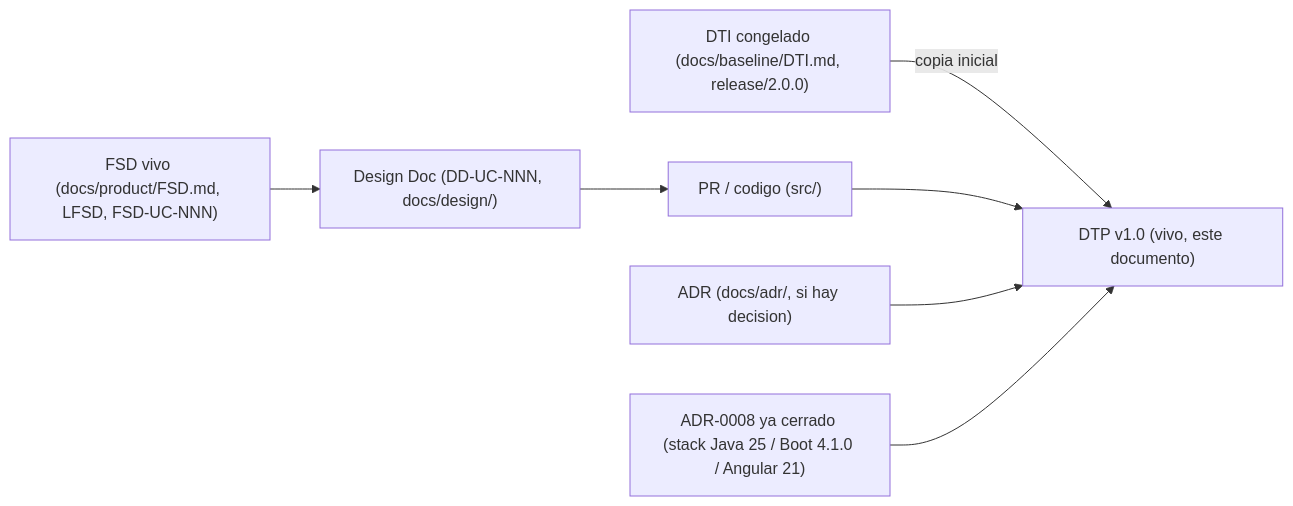
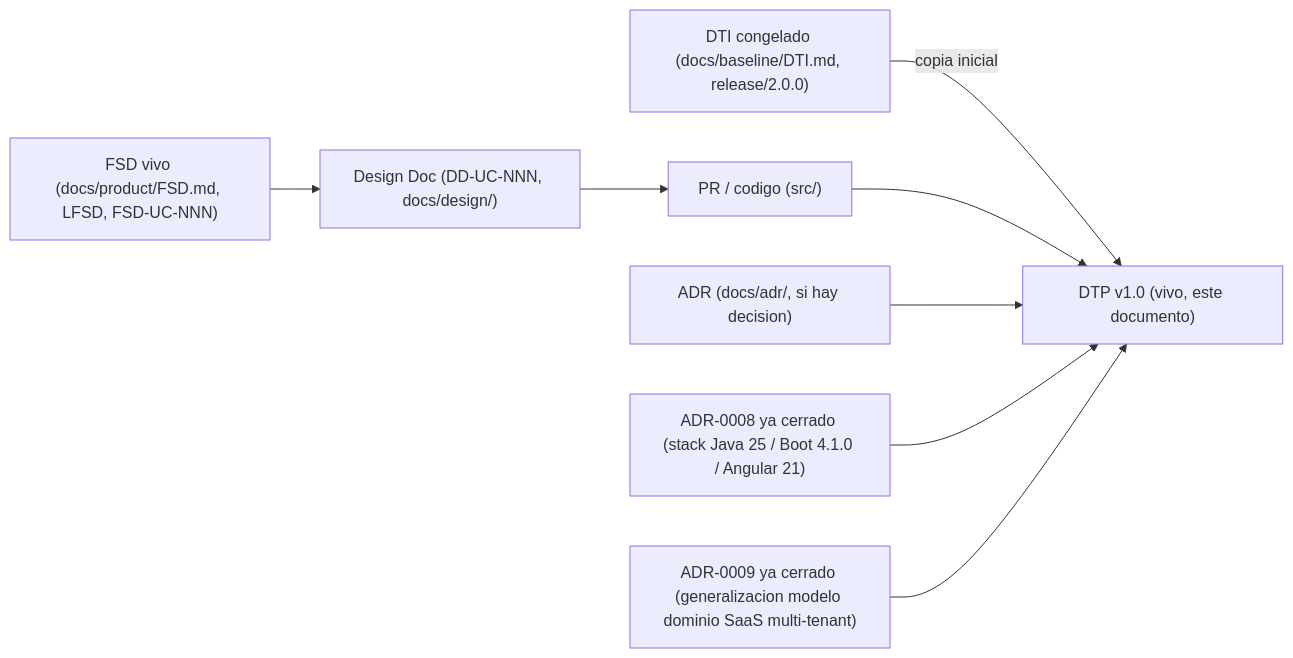
The diagram in docs/product/DTP.md (aspeti/edusync_m4), drawn with Mermaid before and after one commit. The commit also changed other lines of this file and 5 other files, not shown here.

````diff
--- a/docs/product/DTP.md
+++ b/docs/product/DTP.md
@@ -46,9 +46,10 @@
 ```mermaid
 flowchart LR
   DTI["DTI congelado (docs/baseline/DTI.md, release/2.0.0)"] -->|copia inicial| DTP["DTP v1.0 (vivo, este documento)"]
   FSDv["FSD vivo (docs/product/FSD.md, LFSD, FSD-UC-NNN)"] --> DD["Design Doc (DD-UC-NNN, docs/design/)"]
   DD --> Code["PR / codigo (src/)"]
   Code --> DTP
   ADR["ADR (docs/adr/, si hay decision)"] --> DTP
   ADR8["ADR-0008 ya cerrado (stack Java 25 / Boot 4.1.0 / Angular 21)"] --> DTP
+  ADR9["ADR-0009 ya cerrado (generalizacion modelo dominio SaaS multi-tenant)"] --> DTP
 ```
````
